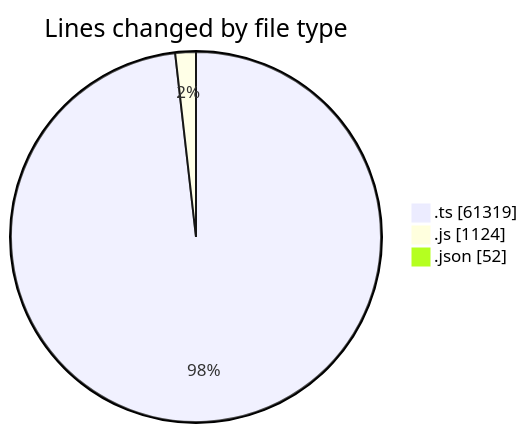
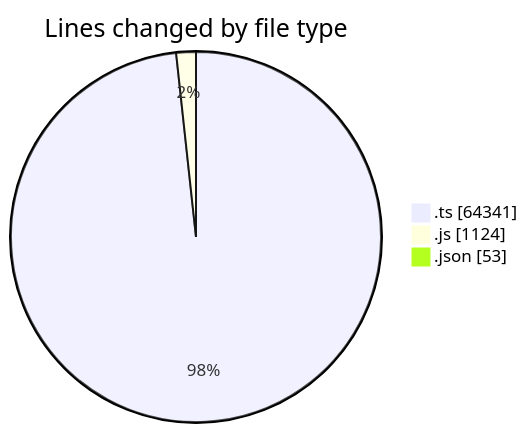
Before and after one commit to momahboobian/code-tracking: the first of 2 diagrams in 2026-10-23/cda/README.md, drawn with Mermaid. The commit also changed other lines of this file and 1 other file, not shown here.

````diff
--- a/2026-10-23/cda/README.md
+++ b/2026-10-23/cda/README.md
@@ -41,7 +43,7 @@
 ```mermaid
 pie showData
 title Lines changed by file type
-".ts" : 61319
+".ts" : 64341
 ".js" : 1124
-".json" : 52
+".json" : 53
 ```
````
